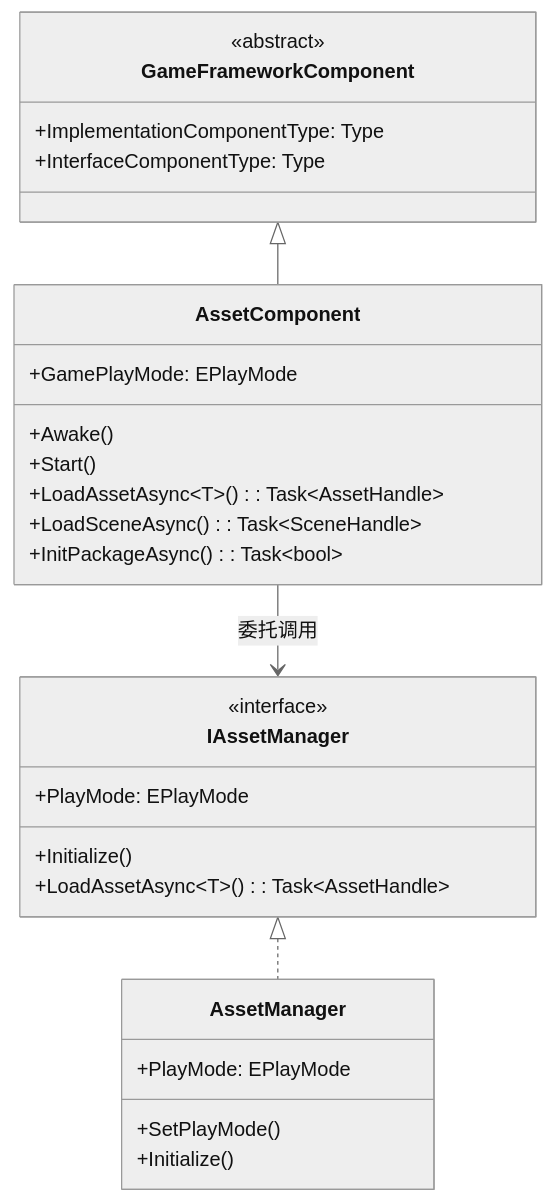
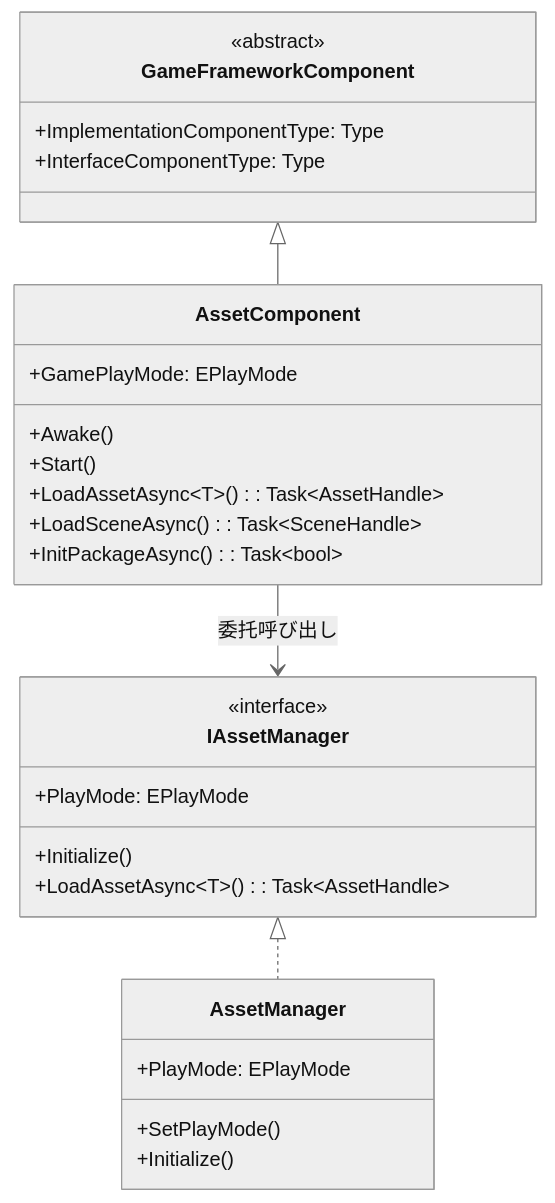
One commit to AlianBlank/GameFrameX.Docs changed the fourth of 4 diagrams in docs/ja/client/unity/component/asset/09.asset-component.md. Above: the diagram before and after it, drawn with Mermaid (neutral theme). The commit also changed other lines of this file and 603 other files, not shown here.

````diff
--- a/docs/ja/client/unity/component/asset/09.asset-component.md
+++ b/docs/ja/client/unity/component/asset/09.asset-component.md
@@ -360,34 +360,34 @@
 ```mermaid
 classDiagram
     class GameFrameworkComponent {
         <<abstract>>
         +ImplementationComponentType: Type
         +InterfaceComponentType: Type
     }
     
     class AssetComponent {
         +GamePlayMode: EPlayMode
         +Awake()
         +Start()
         +LoadAssetAsync~T~(): Task~AssetHandle~
         +LoadSceneAsync(): Task~SceneHandle~
         +InitPackageAsync(): Task~bool~
     }
     
     class IAssetManager {
         <<interface>>
         +PlayMode: EPlayMode
         +Initialize()
         +LoadAssetAsync~T~(): Task~AssetHandle~
     }
     
     class AssetManager {
         +PlayMode: EPlayMode
         +SetPlayMode()
         +Initialize()
     }
     
     GameFrameworkComponent <|-- AssetComponent
     IAssetManager <|.. AssetManager
-    AssetComponent --> IAssetManager : 委托调用
+    AssetComponent --> IAssetManager : 委托呼び出し
 ```
````
